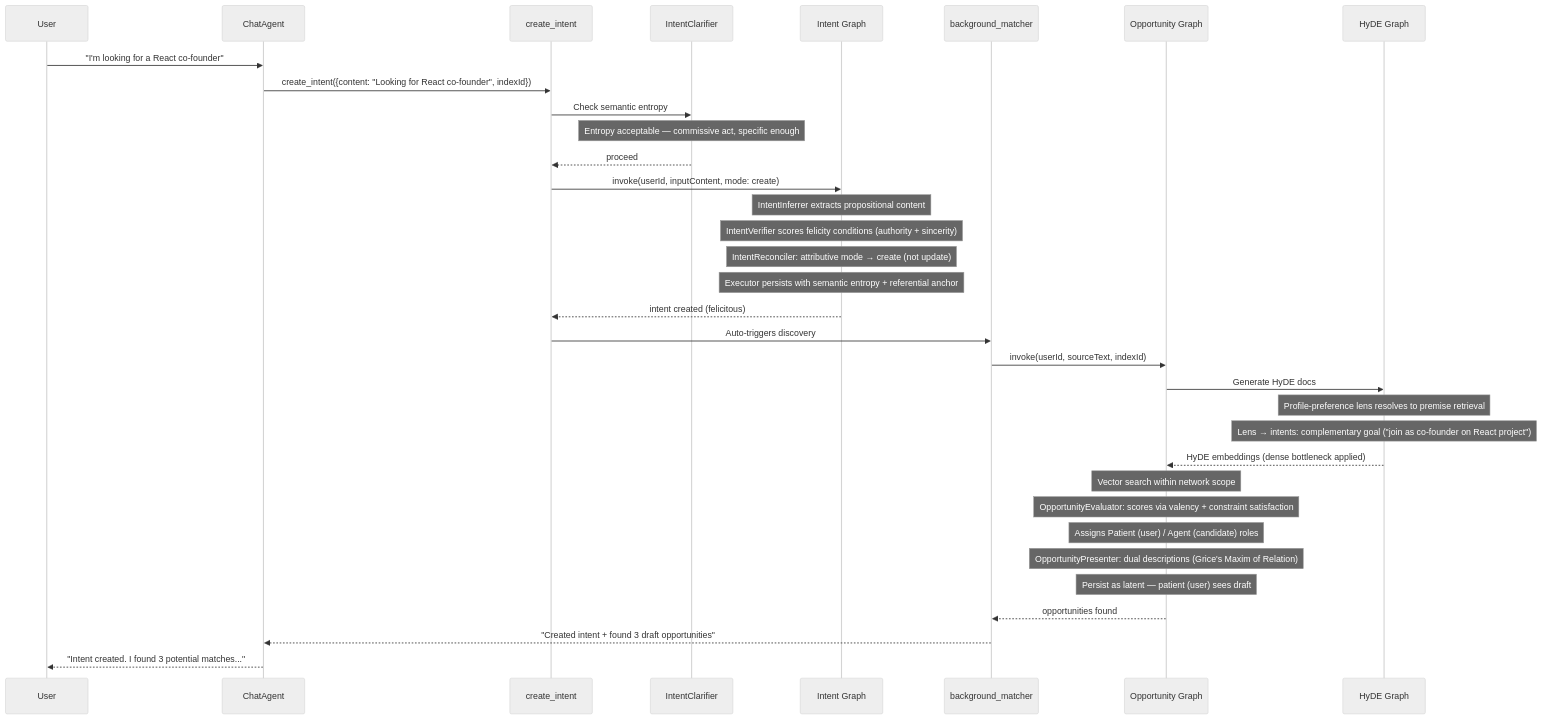
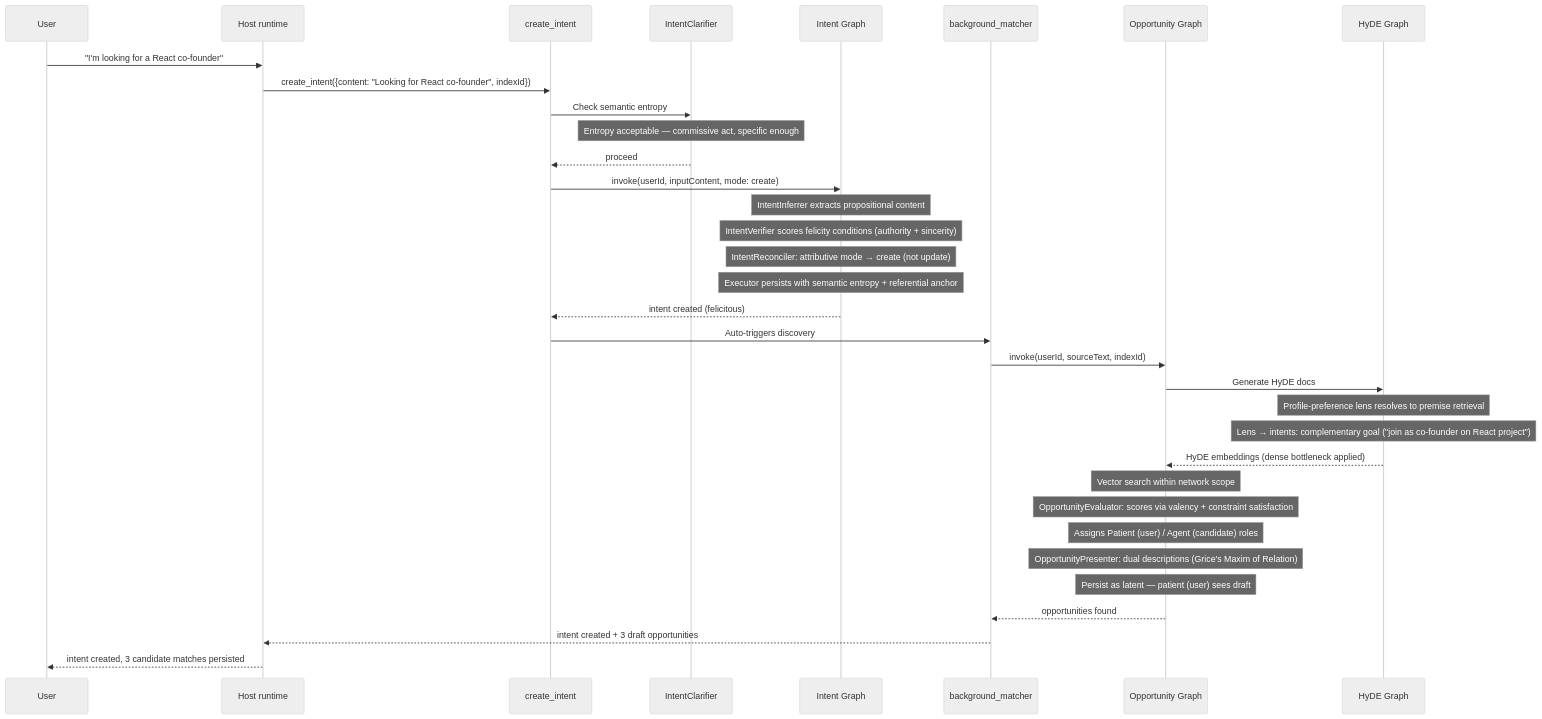
One commit to indexnetwork/index changed the first of 2 diagrams in packages/protocol/src/README.md. Above: the diagram before and after it, drawn with Mermaid (neutral theme). The commit also changed other lines of this file and 293 other files, not shown here.

````diff
--- a/packages/protocol/src/README.md
+++ b/packages/protocol/src/README.md
@@ -204,43 +118,43 @@
 ```mermaid
 sequenceDiagram
     participant User
-    participant Agent as ChatAgent
+    participant Host as Host runtime
     participant CI as create_intent
     participant IC as IntentClarifier
     participant IG as Intent Graph
     participant CO as background_matcher
     participant OG as Opportunity Graph
     participant HG as HyDE Graph
 
-    User->>Agent: "I'm looking for a React co-founder"
-    Agent->>CI: create_intent({content: "Looking for React co-founder", indexId})
+    User->>Host: "I'm looking for a React co-founder"
+    Host->>CI: create_intent({content: "Looking for React co-founder", indexId})
 
     CI->>IC: Check semantic entropy
     Note over IC: Entropy acceptable — commissive act, specific enough
     IC-->>CI: proceed
 
     CI->>IG: invoke(userId, inputContent, mode: create)
     Note over IG: IntentInferrer extracts propositional content
     Note over IG: IntentVerifier scores felicity conditions (authority + sincerity)
     Note over IG: IntentReconciler: attributive mode → create (not update)
     Note over IG: Executor persists with semantic entropy + referential anchor
 
     IG-->>CI: intent created (felicitous)
     CI->>CO: Auto-triggers discovery
     CO->>OG: invoke(userId, sourceText, indexId)
 
     OG->>HG: Generate HyDE docs
     Note over HG: Profile-preference lens resolves to premise retrieval
     Note over HG: Lens → intents: complementary goal ("join as co-founder on React project")
     HG-->>OG: HyDE embeddings (dense bottleneck applied)
 
     Note over OG: Vector search within network scope
     Note over OG: OpportunityEvaluator: scores via valency + constraint satisfaction
     Note over OG: Assigns Patient (user) / Agent (candidate) roles
     Note over OG: OpportunityPresenter: dual descriptions (Grice's Maxim of Relation)
     Note over OG: Persist as latent — patient (user) sees draft
 
     OG-->>CO: opportunities found
-    CO-->>Agent: "Created intent + found 3 draft opportunities"
-    Agent-->>User: "Intent created. I found 3 potential matches..."
+    CO-->>Host: intent created + 3 draft opportunities
+    Host-->>User: intent created, 3 candidate matches persisted
 ```
````
